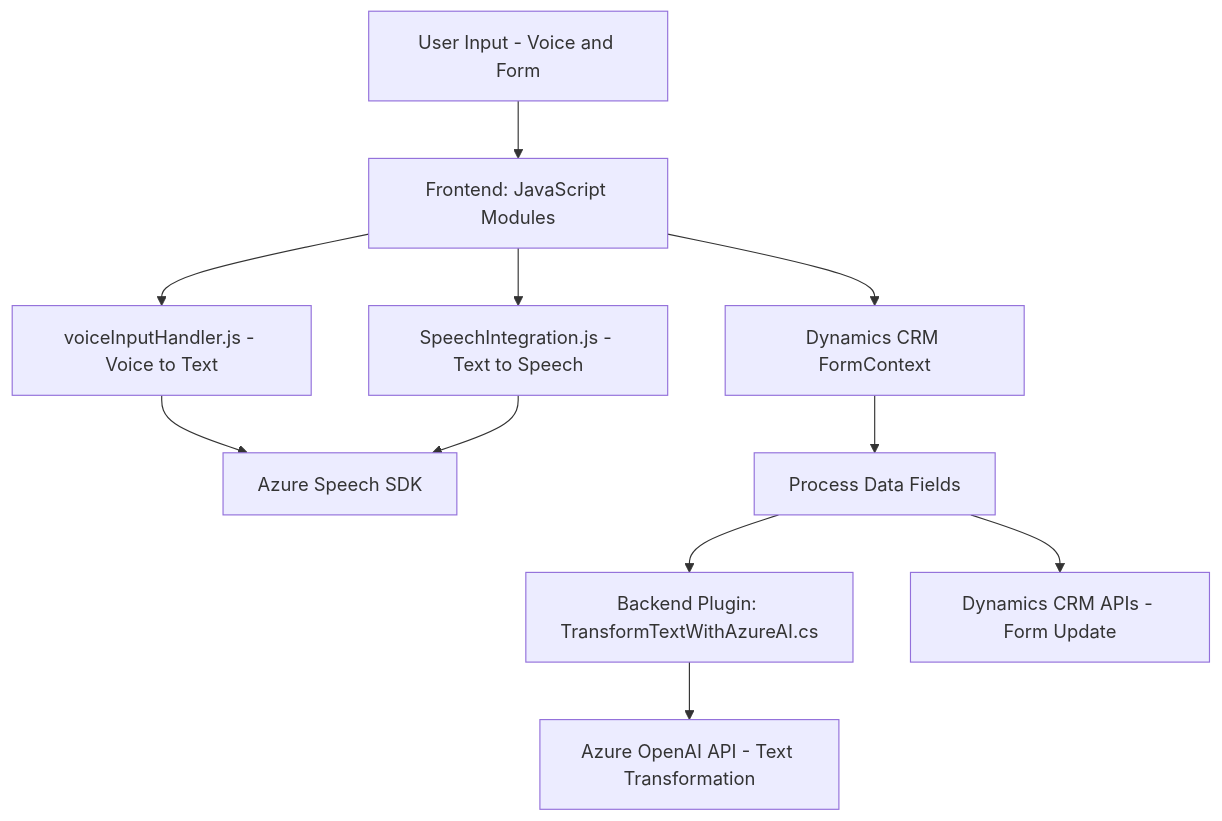
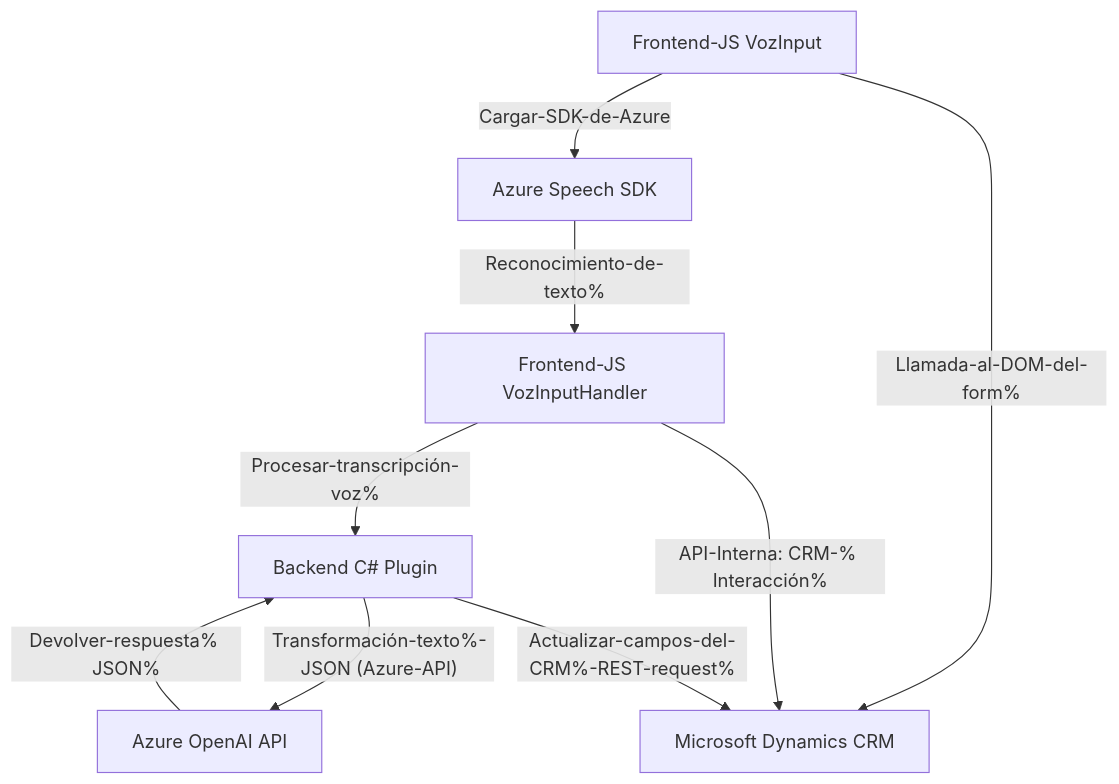
The diagram in README.md (blopezdm/NETCORE_BILBAO2025), drawn with Mermaid before and after one commit. The commit also changed other lines of this file, not shown here.

Commit message:
Actualizar análisis global de la solución con IA

````diff
--- a/README.md
+++ b/README.md
@@ -29,15 +61,18 @@
 ```mermaid
 graph TD
-    A["User Input - Voice and Form"] --> B["Frontend: JavaScript Modules"]
-    B --> C["SpeechIntegration.js - Text to Speech"]
-    B --> D["voiceInputHandler.js - Voice to Text"]
-    D --> E["Azure Speech SDK"]
-    C --> E
+    A["Frontend-JS VozInput"]
+    B["Frontend-JS VozInputHandler"]
+    C["Backend C# Plugin"]
+    D["Azure Speech SDK"]
+    E["Azure OpenAI API"]
+    F["Microsoft Dynamics CRM"]
 
-    B --> F["Dynamics CRM FormContext"]
-    F --> G["Process Data Fields"]
-
-    G --> H["Backend Plugin: TransformTextWithAzureAI.cs"]
-    H --> I["Azure OpenAI API - Text Transformation"]
-    G --> J["Dynamics CRM APIs - Form Update"]
+    A --"Cargar-SDK-de-Azure"--> D
+    A --"Llamada-al-DOM-del-form%"--> F
+    D --"Reconocimiento-de-texto"%--> B
+    B --"Procesar-transcripción-voz"%--> C
+    B --"API-Interna: CRM-% Interacción"%--> F
+    C --"Transformación-texto%-JSON (Azure-API)"--> E
+    E --"Devolver-respuesta% JSON"%--> C
+    C --"Actualizar-campos-del-CRM%-REST-request"%--> F
 ```
````
